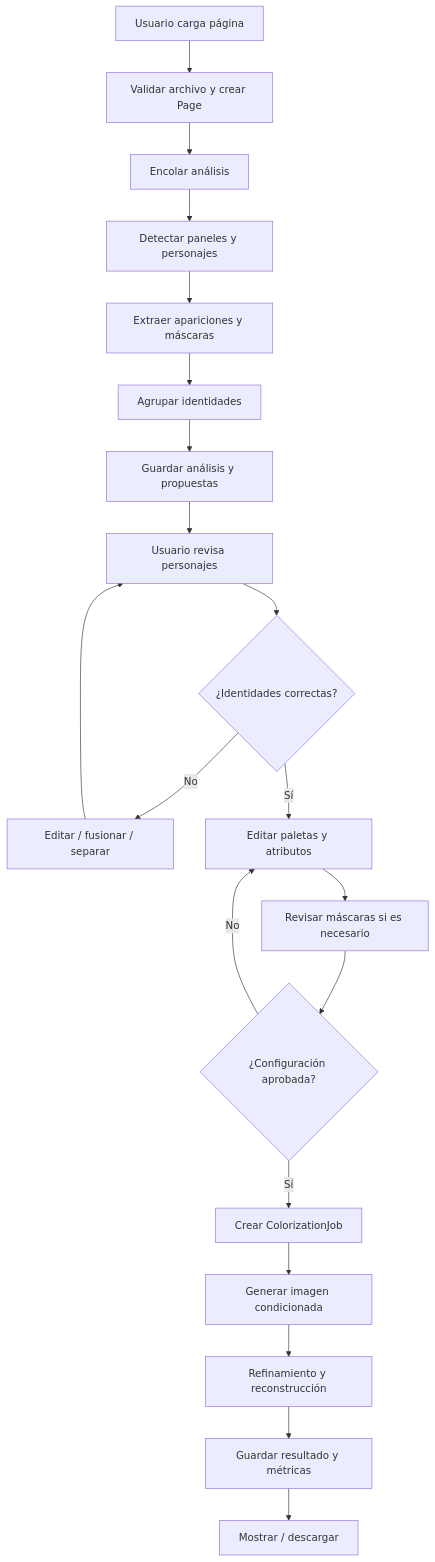
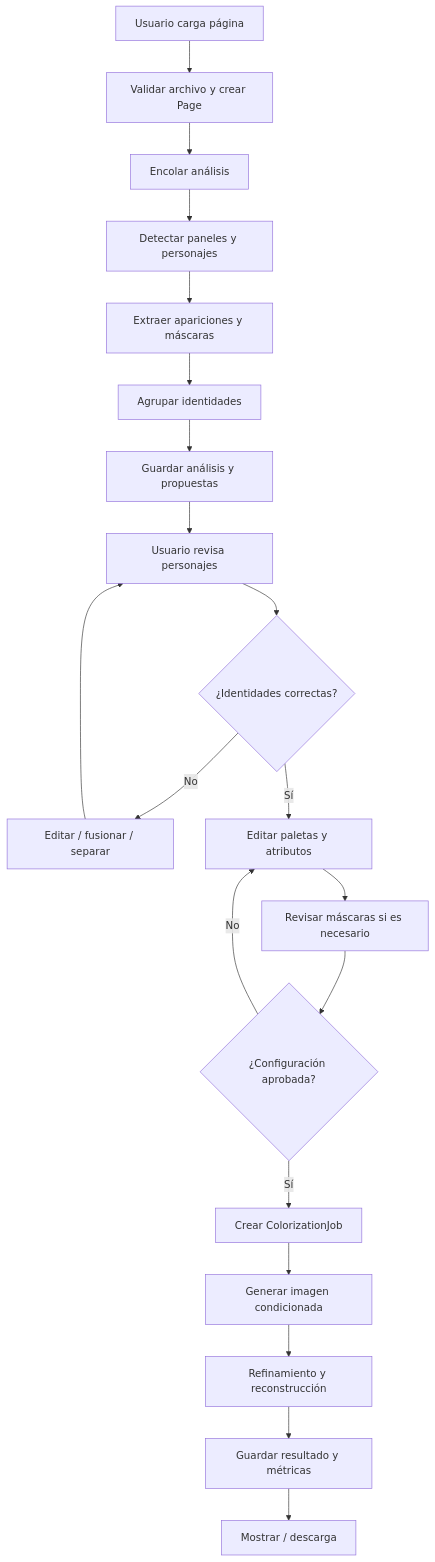
The second of 8 diagrams in docs/arc42.md (SteinDevlop/Manga-AI-SemiAuto-Colorizer), drawn with Mermaid before and after one commit. The commit also changed other lines of this file and 1 other file, not shown here.

Commit message:
fix: standardize mermaid syntax for GitHub rendering - change ` mermaid to `mermaid across docs/arc42.md and verify README.md

````diff
--- a/docs/arc42.md
+++ b/docs/arc42.md
@@ -357,22 +357,22 @@
-``` mermaid
+```mermaid
 flowchart TD
     A[Usuario carga página] --> B[Validar archivo y crear Page]
     B --> C[Encolar análisis]
     C --> D[Detectar paneles y personajes]
     D --> E[Extraer apariciones y máscaras]
     E --> F[Agrupar identidades]
     F --> G[Guardar análisis y propuestas]
     G --> H[Usuario revisa personajes]
     H --> I{¿Identidades correctas?}
     I -- No --> J[Editar / fusionar / separar]
     J --> H
     I -- Sí --> K[Editar paletas y atributos]
     K --> L[Revisar máscaras si es necesario]
     L --> M{¿Configuración aprobada?}
     M -- No --> K
     M -- Sí --> N[Crear ColorizationJob]
     N --> O[Generar imagen condicionada]
     O --> P[Refinamiento y reconstrucción]
     P --> Q[Guardar resultado y métricas]
-    Q --> R[Mostrar / descargar]
+    Q --> R[Mostrar / descarga]
 ```
````
